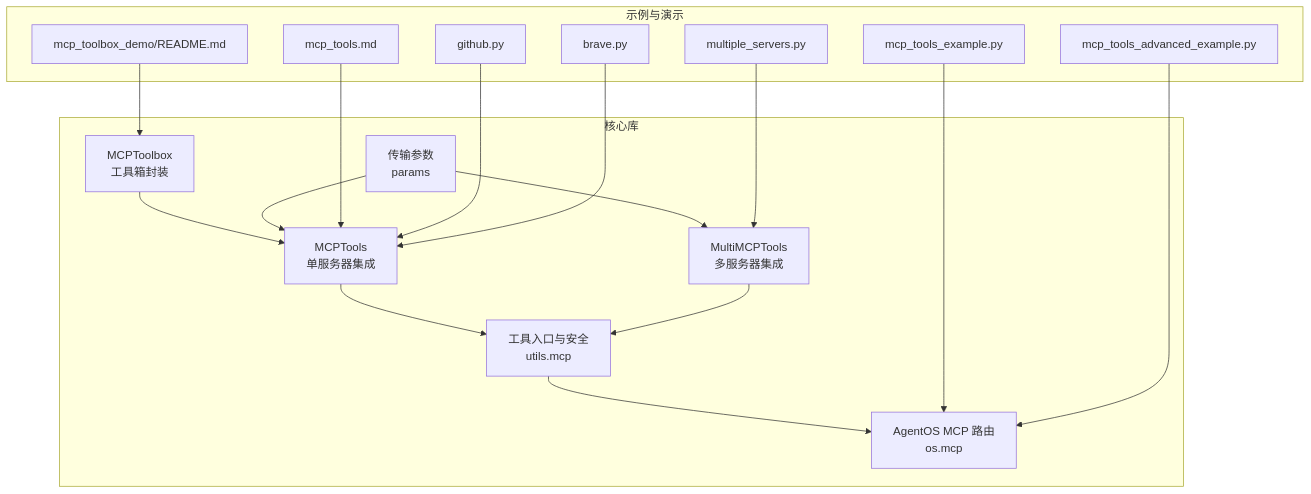
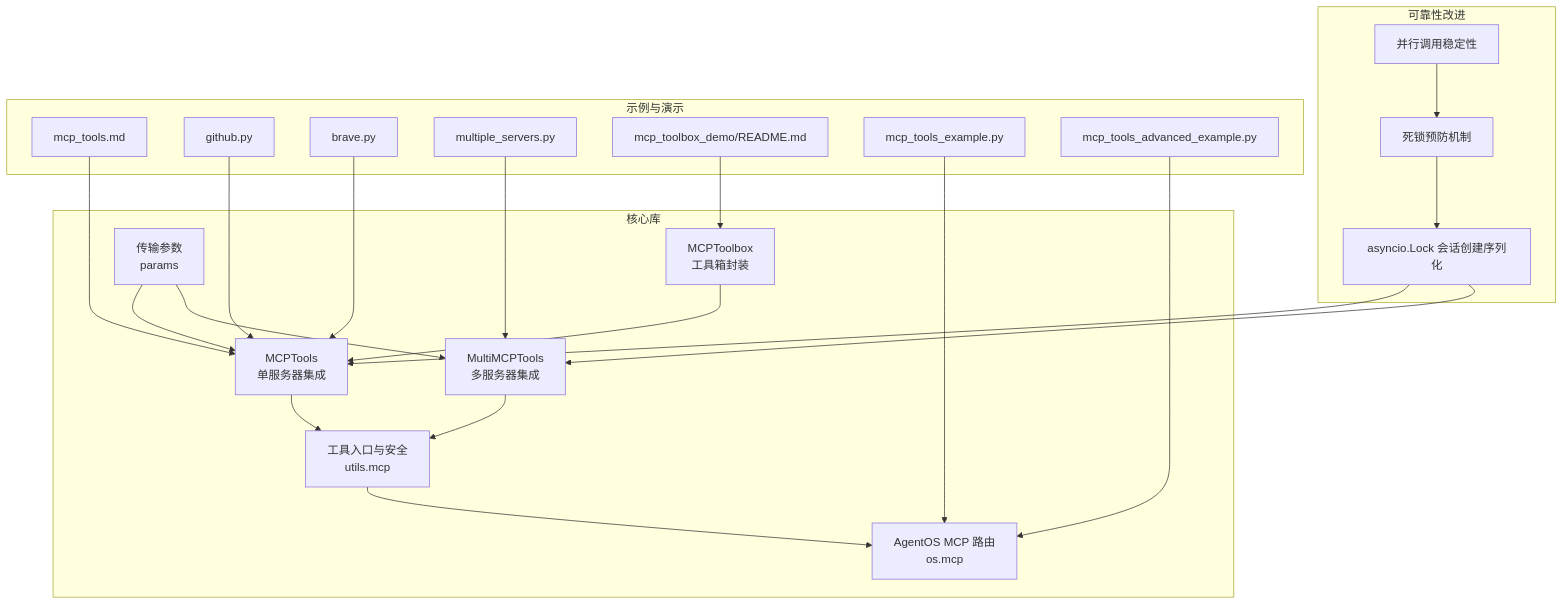
The first of 7 diagrams in .qoder/repowiki/zh/content/工具系统/MCP 工具.md (defulat-coder/agno-learn), drawn with Mermaid before and after one commit. The commit also changed other lines of this file and 1683 other files, not shown here.

````diff
--- a/.qoder/repowiki/zh/content/工具系统/MCP 工具.md
+++ b/.qoder/repowiki/zh/content/工具系统/MCP 工具.md
@@ -44,33 +48,42 @@
 ```mermaid
 graph TB
 subgraph "核心库"
 A["MCPTools<br/>单服务器集成"]
 B["MultiMCPTools<br/>多服务器集成"]
 C["MCPToolbox<br/>工具箱封装"]
 D["工具入口与安全<br/>utils.mcp"]
 E["AgentOS MCP 路由<br/>os.mcp"]
 F["传输参数<br/>params"]
+end
+subgraph "可靠性改进"
+G["asyncio.Lock 会话创建序列化"]
+H["死锁预防机制"]
+I["并行调用稳定性"]
 end
 subgraph "示例与演示"
 X1["mcp_tools.md"]
 X2["github.py"]
 X3["brave.py"]
 X4["multiple_servers.py"]
 X5["mcp_toolbox_demo/README.md"]
 X6["mcp_tools_example.py"]
 X7["mcp_tools_advanced_example.py"]
 end
 A --> D
 B --> D
 C --> A
 D --> E
 F --> A
 F --> B
+G --> A
+G --> B
+H --> G
+I --> H
 X1 --> A
 X2 --> A
 X3 --> A
 X4 --> B
 X5 --> C
 X6 --> E
 X7 --> E
 ```
````
